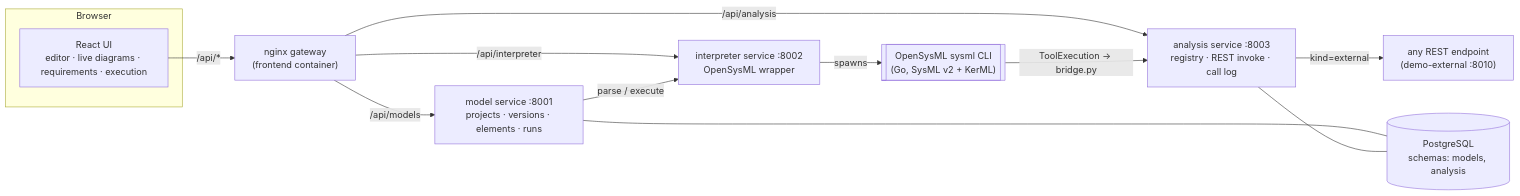
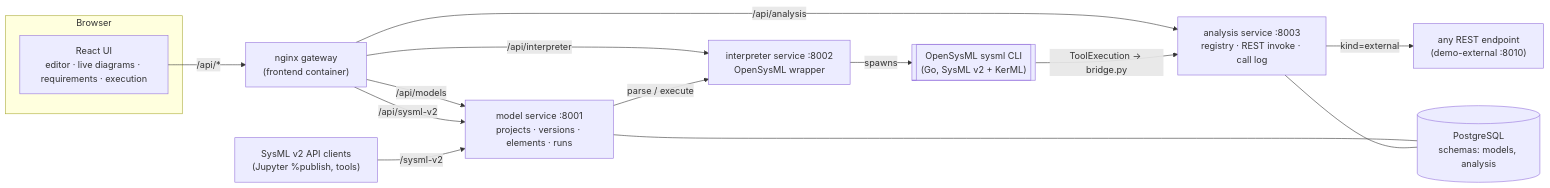
The diagram in README.md (jaydeanmartin/sysml), drawn with Mermaid before and after one commit. The commit also changed other lines of this file and 13 other files, not shown here.

````diff
--- a/README.md
+++ b/README.md
@@ -5,16 +5,18 @@
 ```mermaid
 flowchart LR
   subgraph Browser
     UI["React UI<br/>editor · live diagrams · requirements · execution"]
   end
   UI -->|/api/*| GW["nginx gateway<br/>(frontend container)"]
   GW -->|/api/models| MS["model service :8001<br/>projects · versions · elements · runs"]
+  GW -->|/api/sysml-v2| MS
+  CL["SysML v2 API clients<br/>(Jupyter %publish, tools)"] -->|/sysml-v2| MS
   GW -->|/api/analysis| AS["analysis service :8003<br/>registry · REST invoke · call log"]
   GW -->|/api/interpreter| IS["interpreter service :8002<br/>OpenSysML wrapper"]
   MS -->|parse / execute| IS
   IS -->|spawns| OS[["OpenSysML sysml CLI<br/>(Go, SysML v2 + KerML)"]]
   OS -->|ToolExecution → bridge.py| AS
   AS -->|kind=external| EXT["any REST endpoint<br/>(demo-external :8010)"]
   MS --- PG[(PostgreSQL<br/>schemas: models, analysis)]
   AS --- PG
 ```
````
